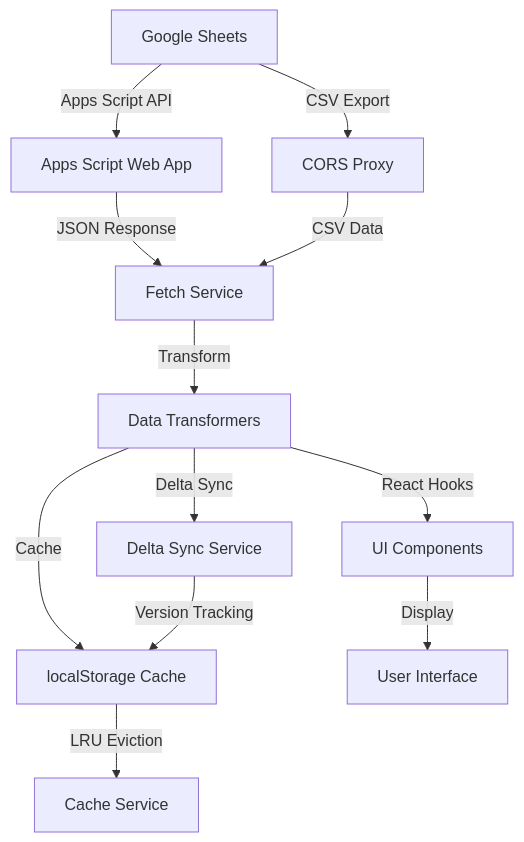
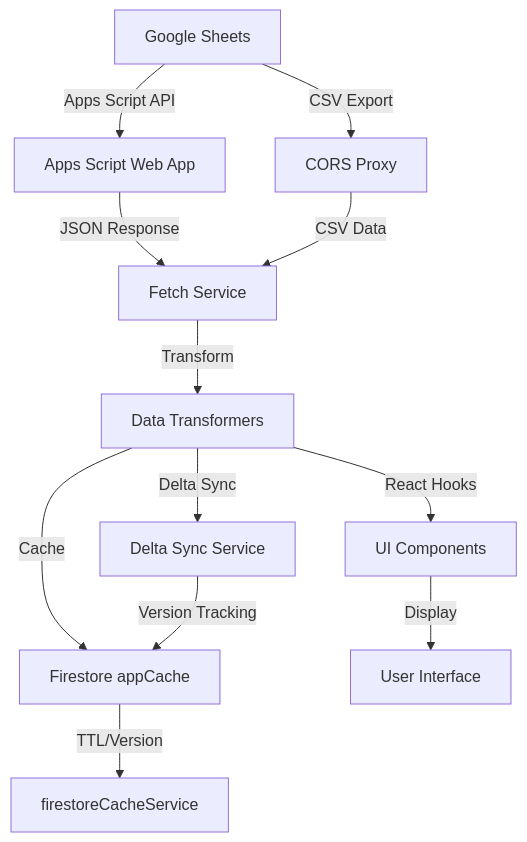
The first of 6 diagrams in README.md (ABNAPP/STOCK-SCORE), drawn with Mermaid before and after one commit. The commit also changed other lines of this file, not shown here.

Commit message:
docs: update cache strategy to Firestore appCache (remove localStorage data cache)

````diff
--- a/README.md
+++ b/README.md
@@ -105,14 +105,14 @@
 ```mermaid
 flowchart TD
     A[Google Sheets] -->|Apps Script API| B[Apps Script Web App]
     A -->|CSV Export| C[CORS Proxy]
     B -->|JSON Response| D[Fetch Service]
     C -->|CSV Data| D
     D -->|Transform| E[Data Transformers]
-    E -->|Cache| F[localStorage Cache]
-    F -->|LRU Eviction| G[Cache Service]
+    E -->|Cache| F[Firestore appCache]
+    F -->|TTL/Version| G[firestoreCacheService]
     E -->|Delta Sync| H[Delta Sync Service]
     H -->|Version Tracking| F
     E -->|React Hooks| I[UI Components]
     I -->|Display| J[User Interface]
 ```
````
